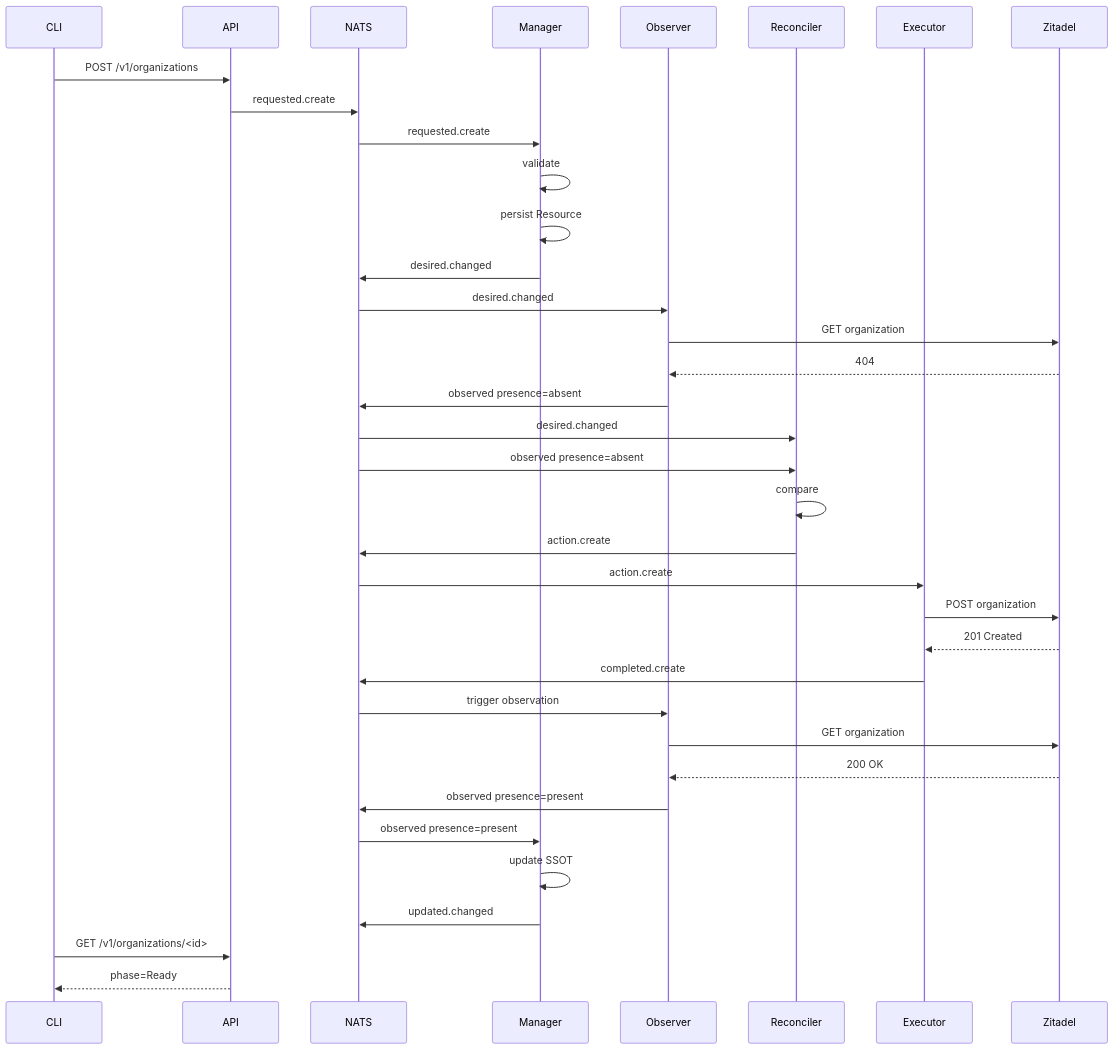
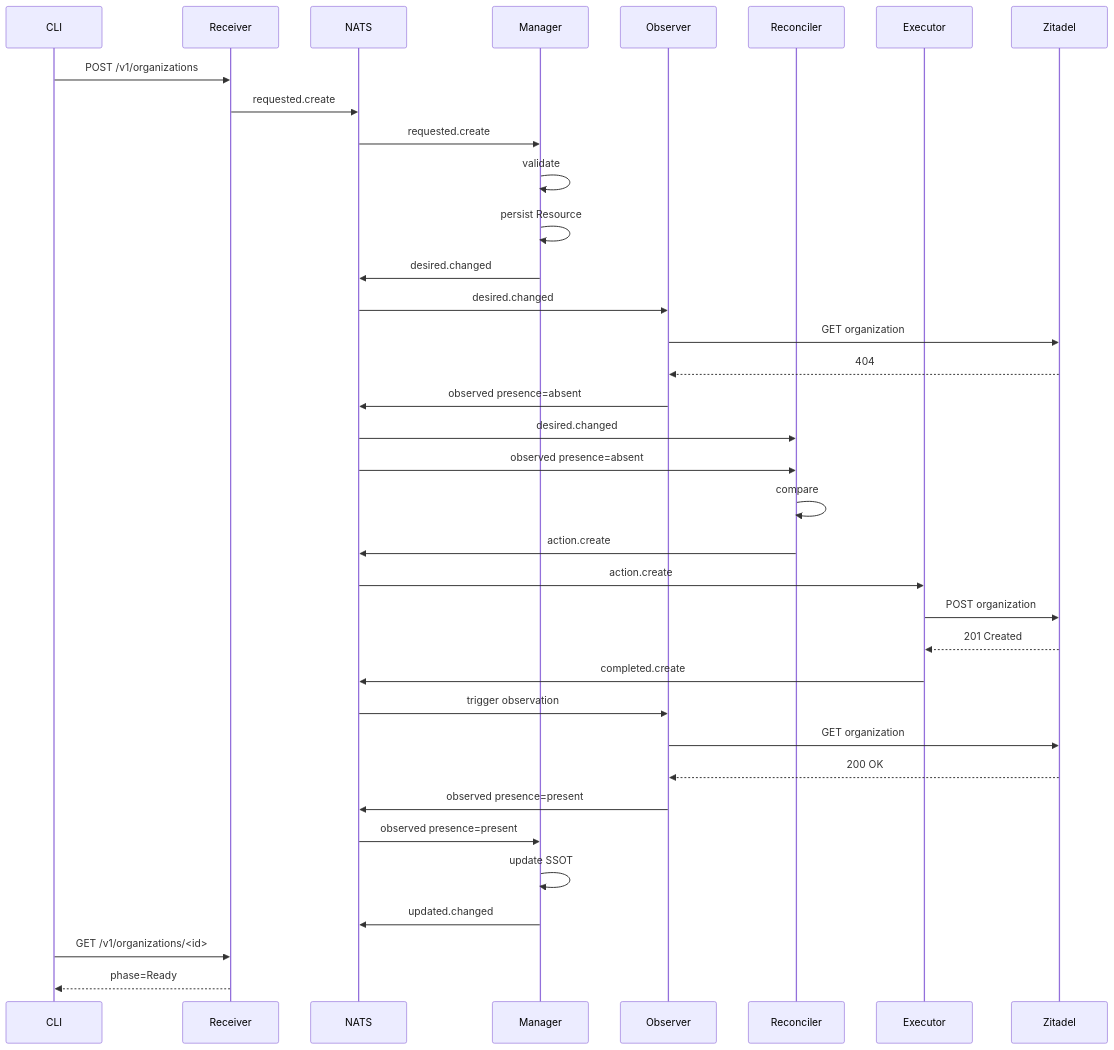
Before and after one commit to danielsabatini/smarkee: diagram 13 of 18 in docs/RESOURCE-CONTROL-LOOP.md, drawn with Mermaid. The commit also changed other lines of this file and 17 other files, not shown here.

````diff
--- a/docs/RESOURCE-CONTROL-LOOP.md
+++ b/docs/RESOURCE-CONTROL-LOOP.md
@@ -933,48 +927,48 @@
 ```mermaid
 sequenceDiagram
 
     participant CLI
-    participant API
+    participant Receiver
     participant NATS
     participant Manager
     participant Observer
     participant Reconciler
     participant Executor
     participant Zitadel
 
-    CLI->>API: POST /v1/organizations
-    API->>NATS: requested.create
+    CLI->>Receiver: POST /v1/organizations
+    Receiver->>NATS: requested.create
 
     NATS->>Manager: requested.create
     Manager->>Manager: validate
     Manager->>Manager: persist Resource
     Manager->>NATS: desired.changed
 
     NATS->>Observer: desired.changed
     Observer->>Zitadel: GET organization
     Zitadel-->>Observer: 404
     Observer->>NATS: observed presence=absent
 
     NATS->>Reconciler: desired.changed
     NATS->>Reconciler: observed presence=absent
 
     Reconciler->>Reconciler: compare
     Reconciler->>NATS: action.create
 
     NATS->>Executor: action.create
     Executor->>Zitadel: POST organization
     Zitadel-->>Executor: 201 Created
     Executor->>NATS: completed.create
 
     NATS->>Observer: trigger observation
     Observer->>Zitadel: GET organization
     Zitadel-->>Observer: 200 OK
     Observer->>NATS: observed presence=present
 
     NATS->>Manager: observed presence=present
     Manager->>Manager: update SSOT
     Manager->>NATS: updated.changed
 
-    CLI->>API: GET /v1/organizations/<id>
-    API-->>CLI: phase=Ready
+    CLI->>Receiver: GET /v1/organizations/<id>
+    Receiver-->>CLI: phase=Ready
 ```
````
